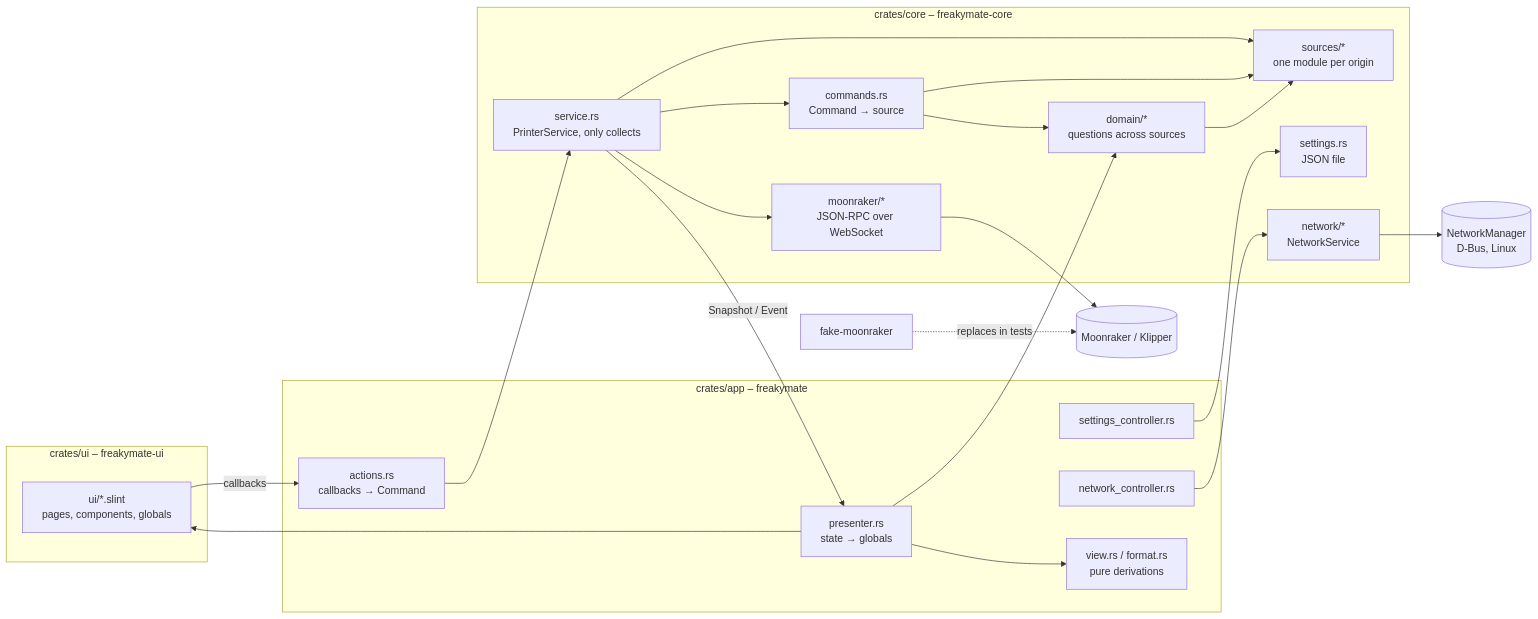
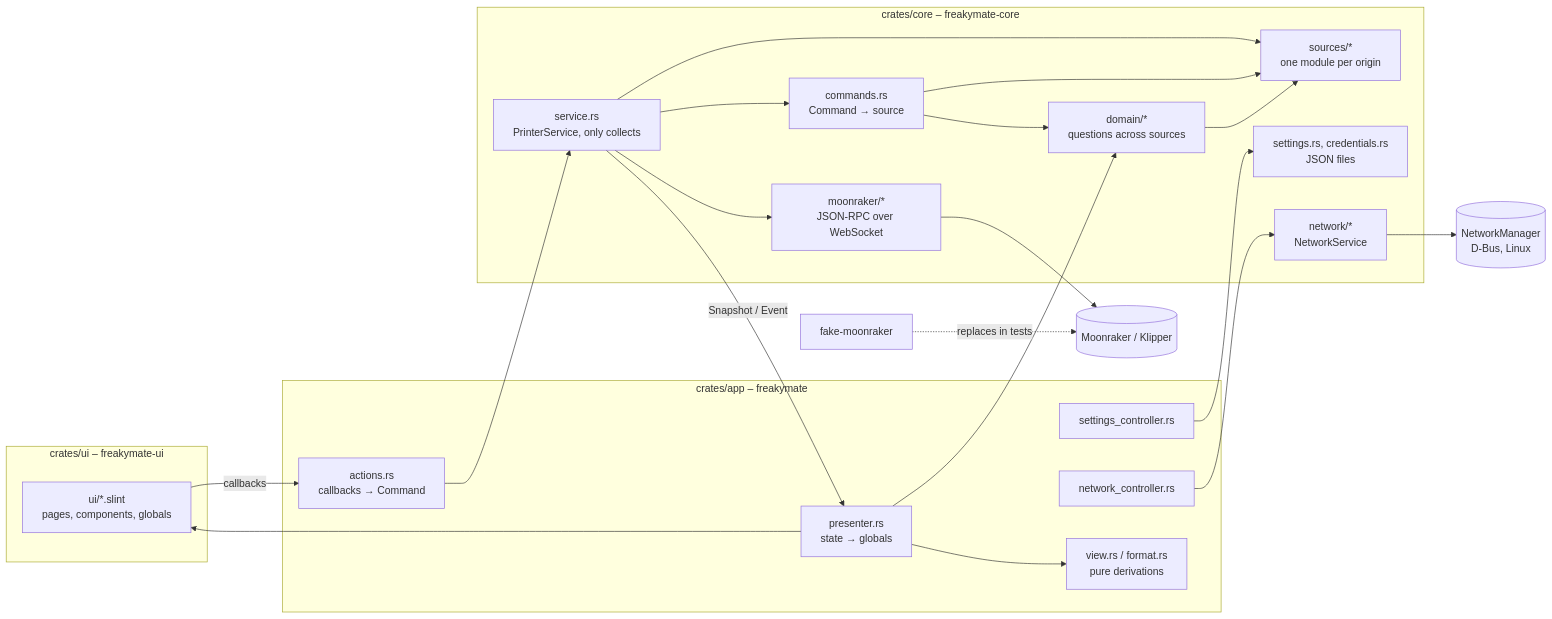
One commit to freakydude/klipper-touch changed the diagram in docs/architecture.md. Above: the diagram before and after it, drawn with Mermaid. The commit also changed other lines of this file and 32 other files, not shown here.

````diff
--- a/docs/architecture.md
+++ b/docs/architecture.md
@@ -9,37 +9,37 @@
 ```mermaid
 flowchart LR
     subgraph ui [crates/ui – freakymate-ui]
         UI[ui/*.slint<br/>pages, components, globals]
     end
     subgraph app [crates/app – freakymate]
         P[presenter.rs<br/>state → globals]
         A[actions.rs<br/>callbacks → Command]
         S[settings_controller.rs]
         N[network_controller.rs]
         V[view.rs / format.rs<br/>pure derivations]
     end
     subgraph core [crates/core – freakymate-core]
         SVC[service.rs<br/>PrinterService, only collects]
         CMD[commands.rs<br/>Command → source]
         DOM[domain/*<br/>questions across sources]
         SRC[sources/*<br/>one module per origin]
         MR[moonraker/*<br/>JSON-RPC over WebSocket]
-        SET[settings.rs<br/>JSON file]
+        SET[settings.rs, credentials.rs<br/>JSON files]
         NET[network/*<br/>NetworkService]
     end
     M[(Moonraker / Klipper)]
     F[fake-moonraker]
     NM[(NetworkManager<br/>D-Bus, Linux)]
 
     UI -- callbacks --> A --> SVC
     SVC -- Snapshot / Event --> P --> UI
     P --> V
     P --> DOM
     S --> SET
     SVC --> CMD --> DOM --> SRC
     CMD --> SRC
     SVC --> SRC
     SVC --> MR --> M
     F -. replaces in tests .-> M
     N --> NET --> NM
 ```
````
